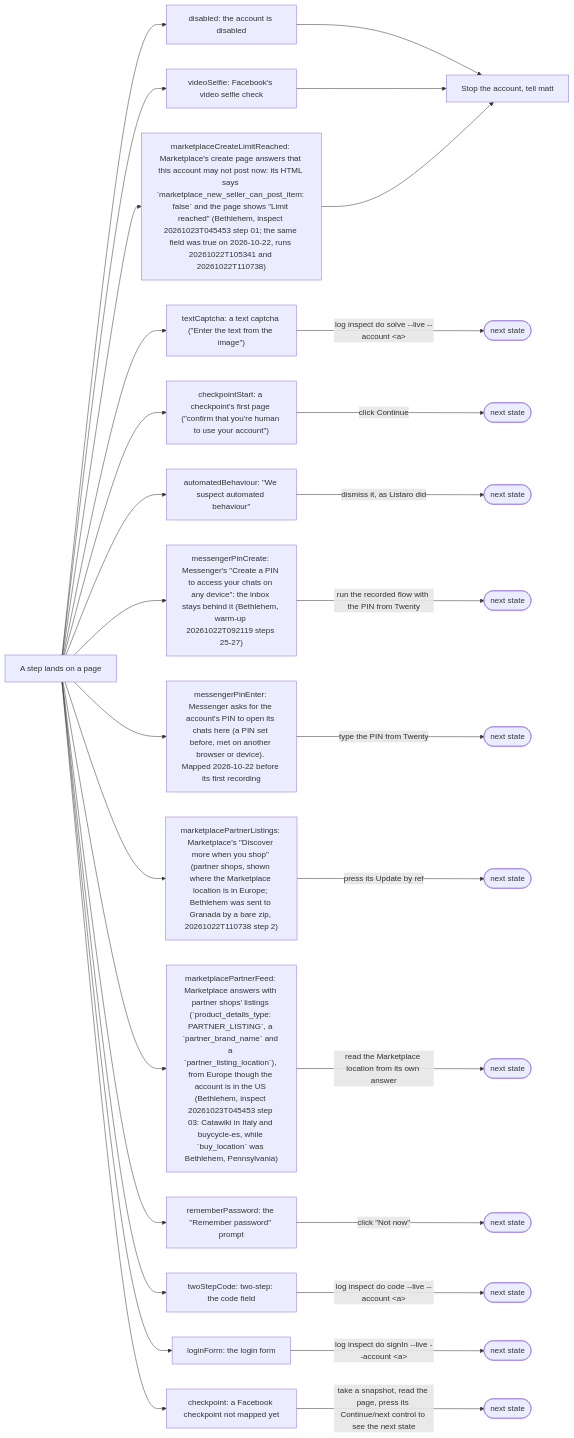
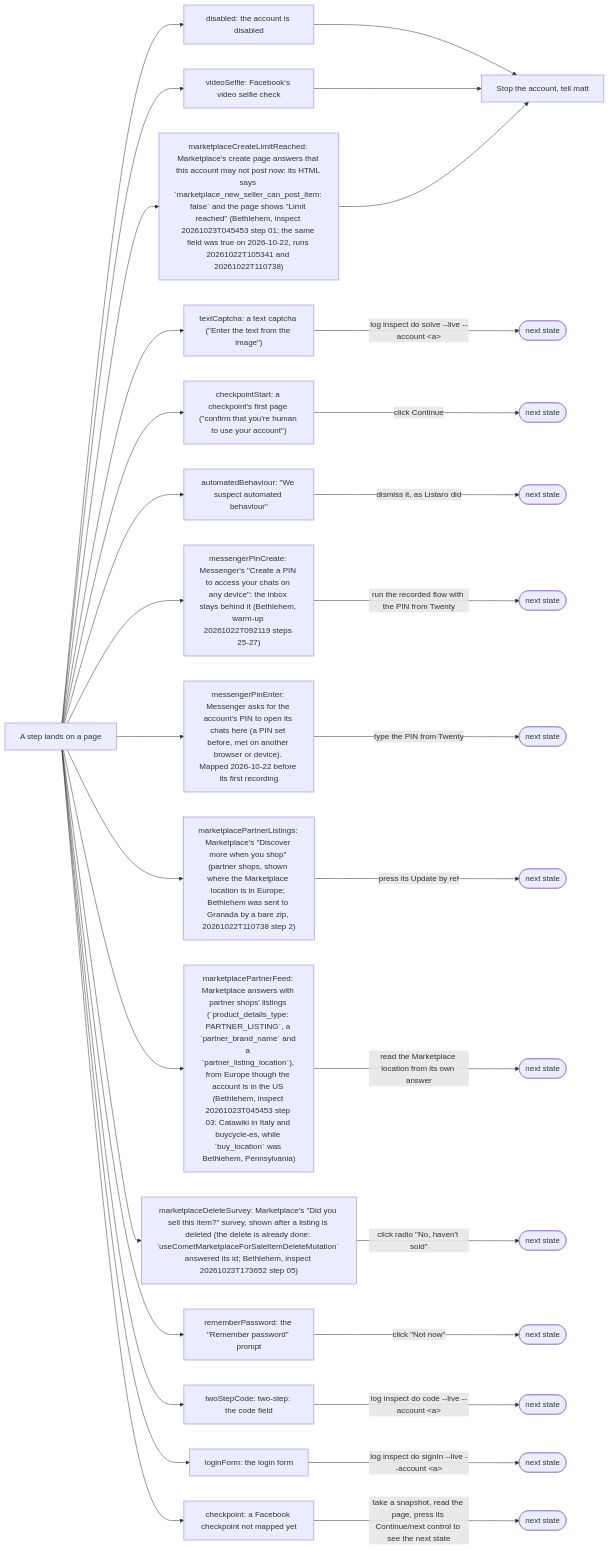
One commit to matthewdonsemail-lab/log changed the diagram in docs/diagrams/pageStates.mmd. Above: the diagram before and after it, drawn with Mermaid. The commit also changed 44 other files, not shown here.

Commit message:
feat: log facebook listing remove deletes a listing through its recorded flow and sets it REMOVED in Twenty

```diff
--- a/docs/diagrams/pageStates.mmd
+++ b/docs/diagrams/pageStates.mmd
@@ -1,47 +1,50 @@
 %% Known page states (rule 54). From `PAGE_STATES` (`src/browser/flow/helpers/pageState.ts`), first match wins. The hooks report each with its resolver; only a person's state stops the account.
 %% Written by `bun run docs:build` from the code (rule 56). Not edited by hand.
 flowchart LR
   page["A step lands on a page"]
   person["Stop the account, tell matt"]
   disabled["disabled: the account is disabled"]
   page --> disabled
   disabled --> person
   videoSelfie["videoSelfie: Facebook's video selfie check"]
   page --> videoSelfie
   videoSelfie --> person
   textCaptcha["textCaptcha: a text captcha (#quot;Enter the text from the image#quot;)"]
   page --> textCaptcha
   textCaptcha -->|"log inspect do solve --live --account #lt;a#gt;"| nexttextCaptcha(["next state"])
   checkpointStart["checkpointStart: a checkpoint's first page (#quot;confirm that you're human to use your account#quot;)"]
   page --> checkpointStart
   checkpointStart -->|"click Continue"| nextcheckpointStart(["next state"])
   automatedBehaviour["automatedBehaviour: #quot;We suspect automated behaviour#quot;"]
   page --> automatedBehaviour
   automatedBehaviour -->|"dismiss it, as Listaro did"| nextautomatedBehaviour(["next state"])
   messengerPinCreate["messengerPinCreate: Messenger's #quot;Create a PIN to access your chats on any device#quot;: the inbox stays behind it (Bethlehem, warm-up 20261022T092119 steps 25-27)"]
   page --> messengerPinCreate
   messengerPinCreate -->|"run the recorded flow with the PIN from Twenty"| nextmessengerPinCreate(["next state"])
   messengerPinEnter["messengerPinEnter: Messenger asks for the account's PIN to open its chats here (a PIN set before, met on another browser or device). Mapped 2026-10-22 before its first recording"]
   page --> messengerPinEnter
   messengerPinEnter -->|"type the PIN from Twenty"| nextmessengerPinEnter(["next state"])
   marketplacePartnerListings["marketplacePartnerListings: Marketplace's #quot;Discover more when you shop#quot; (partner shops, shown where the Marketplace location is in Europe#59; Bethlehem was sent to Granada by a bare zip, 20261022T110738 step 2)"]
   page --> marketplacePartnerListings
   marketplacePartnerListings -->|"press its Update by ref"| nextmarketplacePartnerListings(["next state"])
   marketplaceCreateLimitReached["marketplaceCreateLimitReached: Marketplace's create page answers that this account may not post now: its HTML says `marketplace_new_seller_can_post_item: false` and the page shows #quot;Limit reached#quot; (Bethlehem, inspect 20261023T045453 step 01#59; the same field was true on 2026-10-22, runs 20261022T105341 and 20261022T110738)"]
   page --> marketplaceCreateLimitReached
   marketplaceCreateLimitReached --> person
   marketplacePartnerFeed["marketplacePartnerFeed: Marketplace answers with partner shops' listings (`product_details_type: PARTNER_LISTING`, a `partner_brand_name` and a `partner_listing_location`), from Europe though the account is in the US (Bethlehem, inspect 20261023T045453 step 03: Catawiki in Italy and buycycle-es, while `buy_location` was Bethlehem, Pennsylvania)"]
   page --> marketplacePartnerFeed
   marketplacePartnerFeed -->|"read the Marketplace location from its own answer"| nextmarketplacePartnerFeed(["next state"])
+  marketplaceDeleteSurvey["marketplaceDeleteSurvey: Marketplace's #quot;Did you sell this item?#quot; survey, shown after a listing is deleted (the delete is already done: `useCometMarketplaceForSaleItemDeleteMutation` answered its id#59; Bethlehem, inspect 20261023T173652 step 05)"]
+  page --> marketplaceDeleteSurvey
+  marketplaceDeleteSurvey -->|"click radio #quot;No, haven't sold#quot;"| nextmarketplaceDeleteSurvey(["next state"])
   rememberPassword["rememberPassword: the #quot;Remember password#quot; prompt"]
   page --> rememberPassword
   rememberPassword -->|"click #quot;Not now#quot;"| nextrememberPassword(["next state"])
   twoStepCode["twoStepCode: two-step: the code field"]
   page --> twoStepCode
   twoStepCode -->|"log inspect do code --live --account #lt;a#gt;"| nexttwoStepCode(["next state"])
   loginForm["loginForm: the login form"]
   page --> loginForm
   loginForm -->|"log inspect do signIn --live --account #lt;a#gt;"| nextloginForm(["next state"])
   checkpoint["checkpoint: a Facebook checkpoint not mapped yet"]
   page --> checkpoint
   checkpoint -->|"take a snapshot, read the page, press its Continue/next control to see the next state"| nextcheckpoint(["next state"])
```
